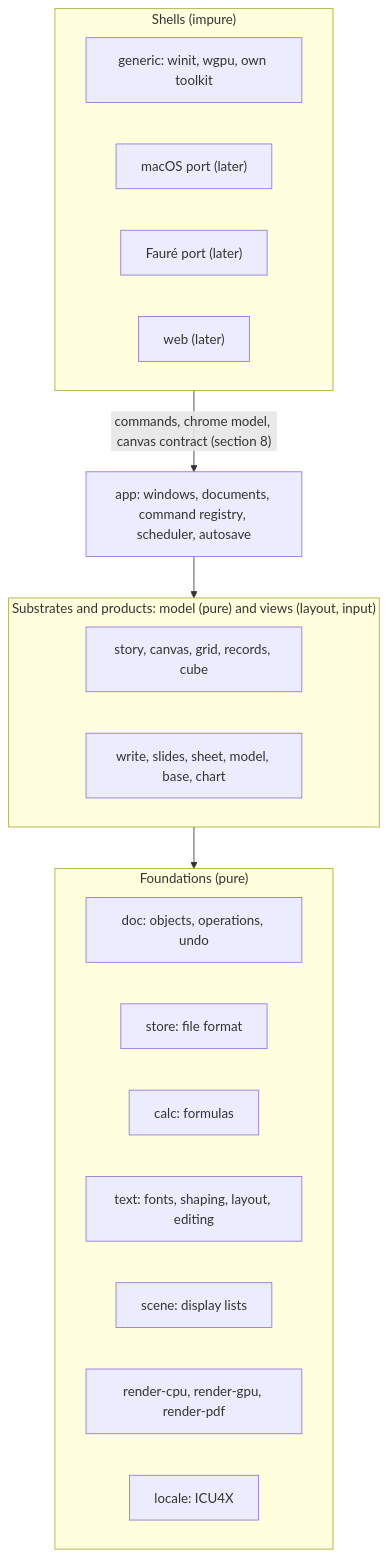
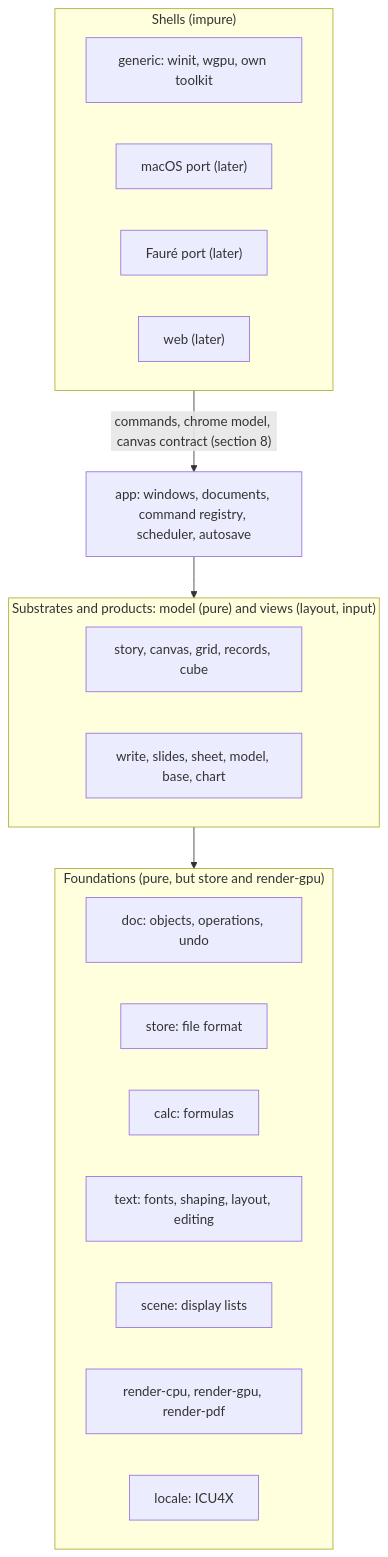
Before and after one commit to gschjetne/xworks: the first of 3 diagrams in docs/ARCHITECTURE.md, drawn with Mermaid. The commit also changed other lines of this file, not shown here.

First line of the commit message:
docs: the crates' contracts, in the architecture

````diff
--- a/docs/ARCHITECTURE.md
+++ b/docs/ARCHITECTURE.md
@@ -83,26 +83,26 @@
 ```mermaid
 flowchart TD
   subgraph shells["Shells (impure)"]
     generic["generic: winit, wgpu, own toolkit"]
     macos["macOS port (later)"]
     faure["Fauré port (later)"]
     web["web (later)"]
   end
   app["app: windows, documents, command registry, scheduler, autosave"]
   subgraph tracks["Substrates and products: model (pure) and views (layout, input)"]
     substrates["story, canvas, grid, records, cube"]
     products["write, slides, sheet, model, base, chart"]
   end
-  subgraph foundations["Foundations (pure)"]
+  subgraph foundations["Foundations (pure, but store and render-gpu)"]
     doc["doc: objects, operations, undo"]
     store["store: file format"]
     calc["calc: formulas"]
     text["text: fonts, shaping, layout, editing"]
     scene["scene: display lists"]
     render["render-cpu, render-gpu, render-pdf"]
     locale["locale: ICU4X"]
   end
   shells -- "commands, chrome model, canvas contract (section 8)" --> app
   app --> tracks
   tracks --> foundations
 ```
````
